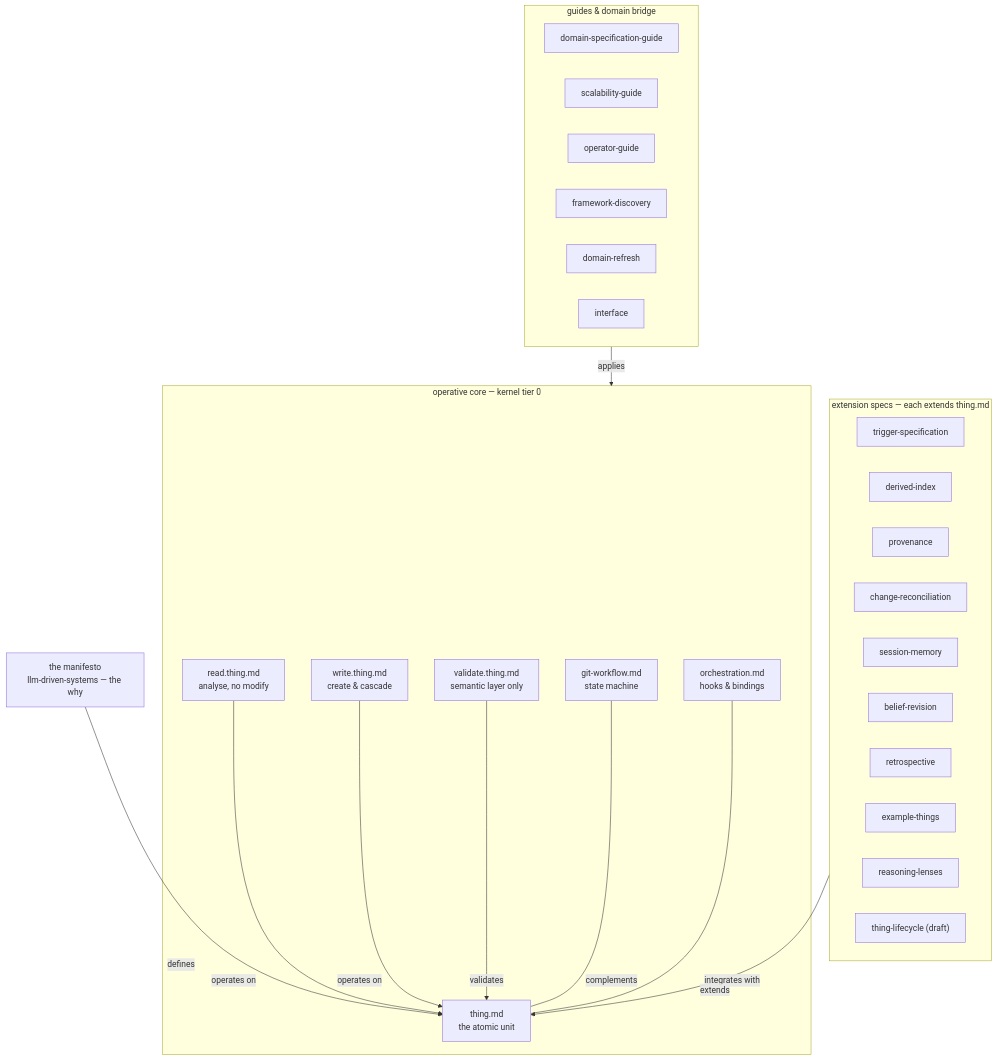
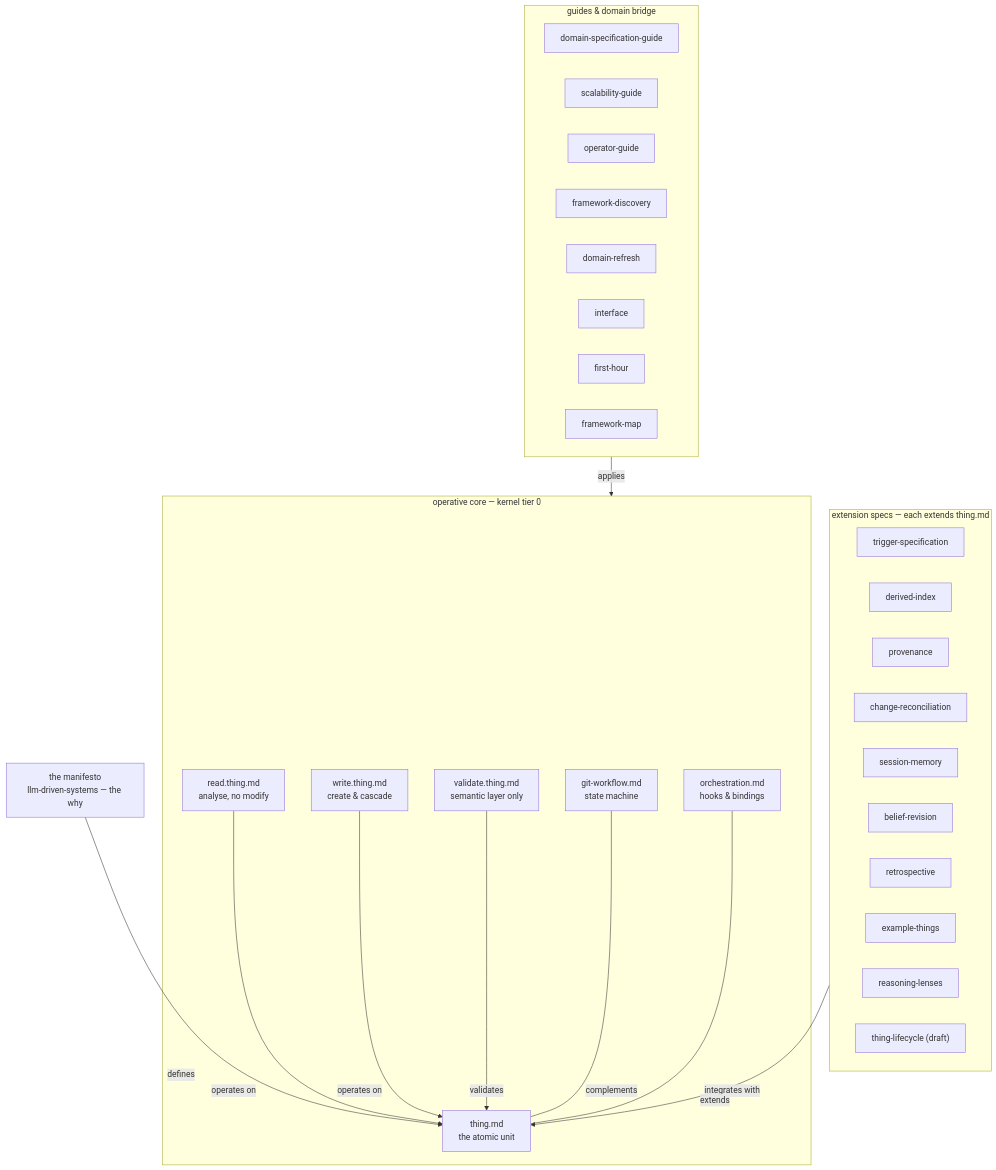
One commit to JanoshMoshiri/MarkdownLLM changed the second of 3 diagrams in framework-map.md. Above: the diagram before and after it, drawn with Mermaid. The commit also changed other lines of this file, not shown here.

First line of the commit message:
fix: framework-map spec count drift (23->25) — caught by the coherence sweep

````diff
--- a/framework-map.md
+++ b/framework-map.md
@@ -104,41 +104,43 @@
 ```mermaid
 flowchart TD
     MAN["the manifesto<br/>llm-driven-systems — the why"]
     subgraph core ["operative core — kernel tier 0"]
         GITW["git-workflow.md<br/>state machine"]
         THING["thing.md<br/>the atomic unit"]
         ORCH["orchestration.md<br/>hooks & bindings"]
         READ["read.thing.md<br/>analyse, no modify"]
         WRITE["write.thing.md<br/>create & cascade"]
         VAL["validate.thing.md<br/>semantic layer only"]
     end
     subgraph ext ["extension specs — each extends thing.md"]
         TRIG["trigger-specification"]
         DIDX["derived-index"]
         PROV["provenance"]
         CRECON["change-reconciliation"]
         SMEM["session-memory"]
         BREV["belief-revision"]
         RETRO["retrospective"]
         EXTH["example-things"]
         LENS["reasoning-lenses"]
         LIFE["thing-lifecycle (draft)"]
     end
     subgraph guides ["guides & domain bridge"]
         DSG["domain-specification-guide"]
         SCAL["scalability-guide"]
         OPG["operator-guide"]
         DISC["framework-discovery"]
         REFR["domain-refresh"]
         IFACE["interface"]
+        FH["first-hour"]
+        FMAP["framework-map"]
     end
 
     MAN -->|defines| THING
     READ -->|operates on| THING
     WRITE -->|operates on| THING
     VAL -->|validates| THING
     GITW ---|complements| THING
     ORCH ---|integrates with| THING
     ext -->|extends| THING
     guides -->|applies| core
 ```
````
